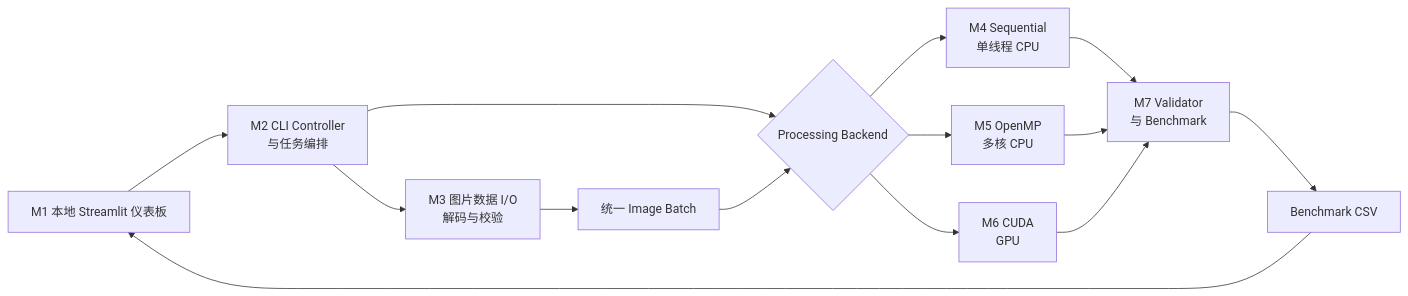
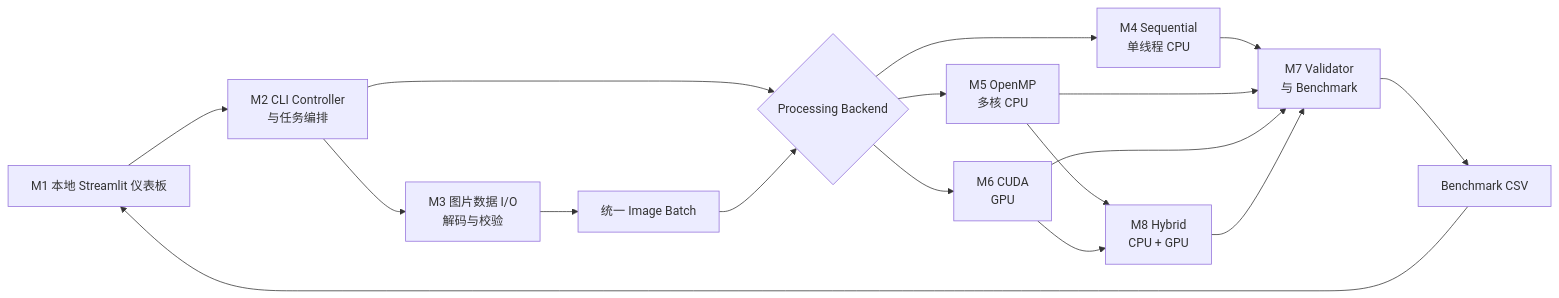
One commit to ZhangHui88888/ParallelPix changed the diagram in docs/tech/技术架构文档.md. Above: the diagram before and after it, drawn with Mermaid. The commit also changed other lines of this file and 60 other files, not shown here.

````diff
--- a/docs/tech/技术架构文档.md
+++ b/docs/tech/技术架构文档.md
@@ -32,16 +34,19 @@
 ```mermaid
 flowchart LR
     U["M1 本地 Streamlit 仪表板"] --> X["M2 CLI Controller<br/>与任务编排"]
     X --> B["M3 图片数据 I/O<br/>解码与校验"]
     B --> C["统一 Image Batch"]
     X --> D{"Processing Backend"}
     C --> D
     D --> E["M4 Sequential<br/>单线程 CPU"]
     D --> F["M5 OpenMP<br/>多核 CPU"]
     D --> G["M6 CUDA<br/>GPU"]
+    F --> I["M8 Hybrid<br/>CPU + GPU"]
+    G --> I
     E --> H["M7 Validator<br/>与 Benchmark"]
     F --> H
     G --> H
+    I --> H
     H --> J["Benchmark CSV"]
     J --> U
 ```
````
